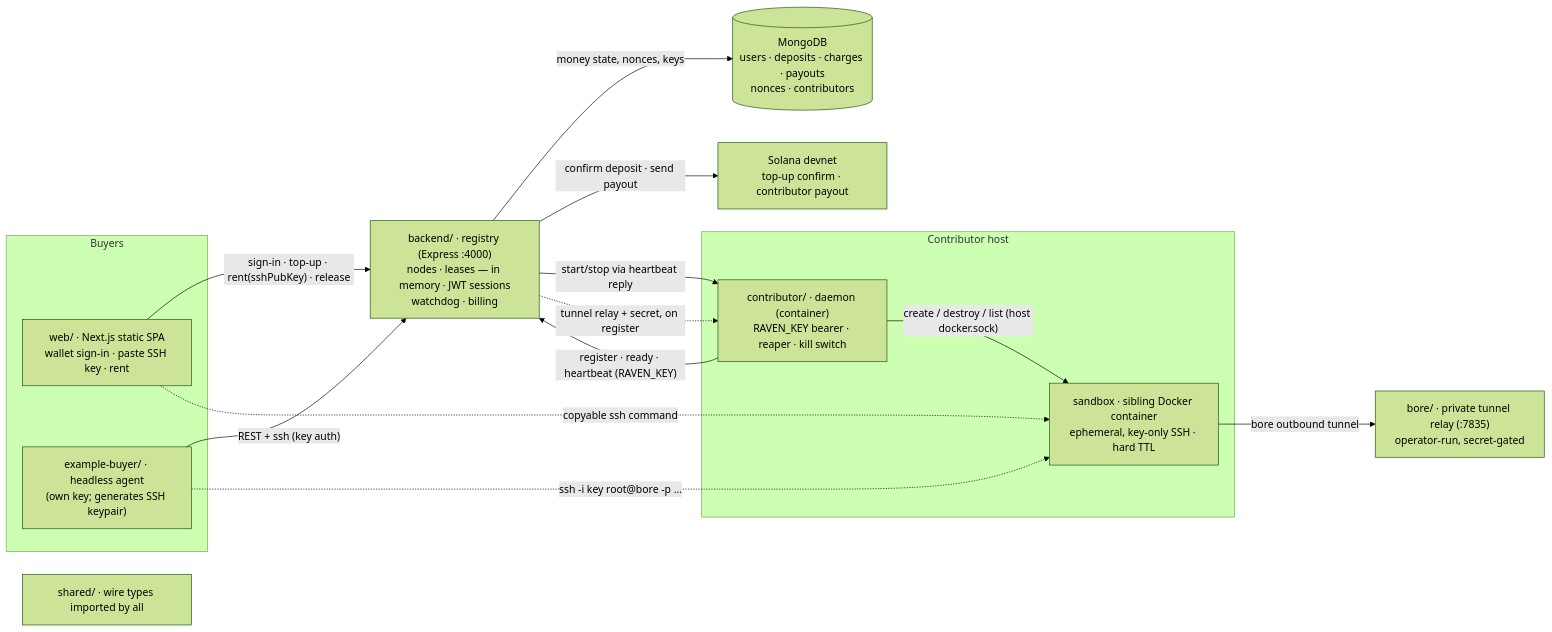
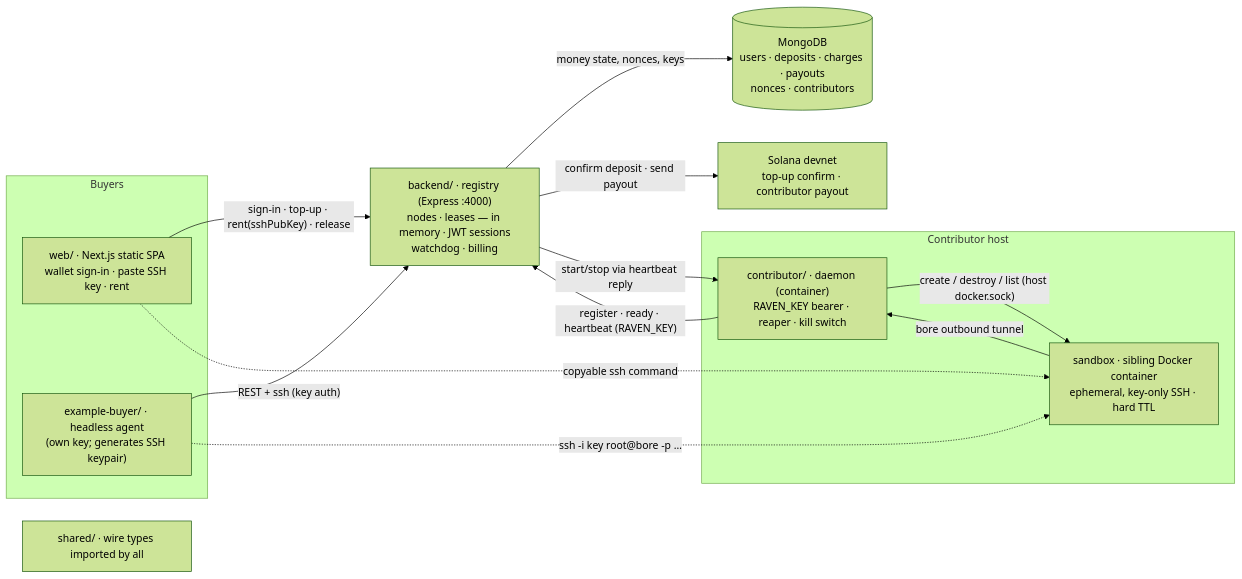
The diagram in README.md (Koushikmondal06/RAVEN), drawn with Mermaid (forest theme) before and after one commit. The commit also changed other lines of this file and 9 other files, not shown here.

Commit message:
feat(docs): improve README clarity on tunnel relay usage

````diff
--- a/README.md
+++ b/README.md
@@ -11,32 +11,30 @@
 ```mermaid
 flowchart LR
     subgraph buyers [Buyers]
         web["web/ · Next.js static SPA<br/>wallet sign-in · paste SSH key · rent"]
         agent["example-buyer/ · headless agent<br/>(own key; generates SSH keypair)"]
     end
 
     registry["backend/ · registry (Express :4000)<br/>nodes · leases — in memory · JWT sessions<br/>watchdog · billing"]
 
     subgraph contribs [Contributor host]
         contributor["contributor/ · daemon (container)<br/>RAVEN_KEY bearer · reaper · kill switch"]
         sandbox["sandbox · sibling Docker container<br/>ephemeral, key-only SSH · hard TTL"]
     end
 
     mongo[("MongoDB<br/>users · deposits · charges · payouts<br/>nonces · contributors")]
     solana["Solana devnet<br/>top-up confirm · contributor payout"]
 
     web -- "sign-in · top-up · rent(sshPubKey) · release" --> registry
     agent -- "REST + ssh (key auth)" --> registry
     registry -- "money state, nonces, keys" --> mongo
     registry -- "confirm deposit · send payout" --> solana
     registry -- "start/stop via heartbeat reply" --> contributor
     contributor -- "register · ready · heartbeat (RAVEN_KEY)" --> registry
-    registry -. "tunnel relay + secret, on register" .-> contributor
     contributor -- "create / destroy / list (host docker.sock)" --> sandbox
-    sandbox -- "bore outbound tunnel" --> relay
-    relay["bore/ · private tunnel relay (:7835)<br/>operator-run, secret-gated"]
+    sandbox -- "bore outbound tunnel" --> contributor
     agent -. "ssh -i key root@bore -p …" .-> sandbox
     web -. "copyable ssh command" .-> sandbox
 
     shared["shared/ · wire types imported by all"]
 ```
````
